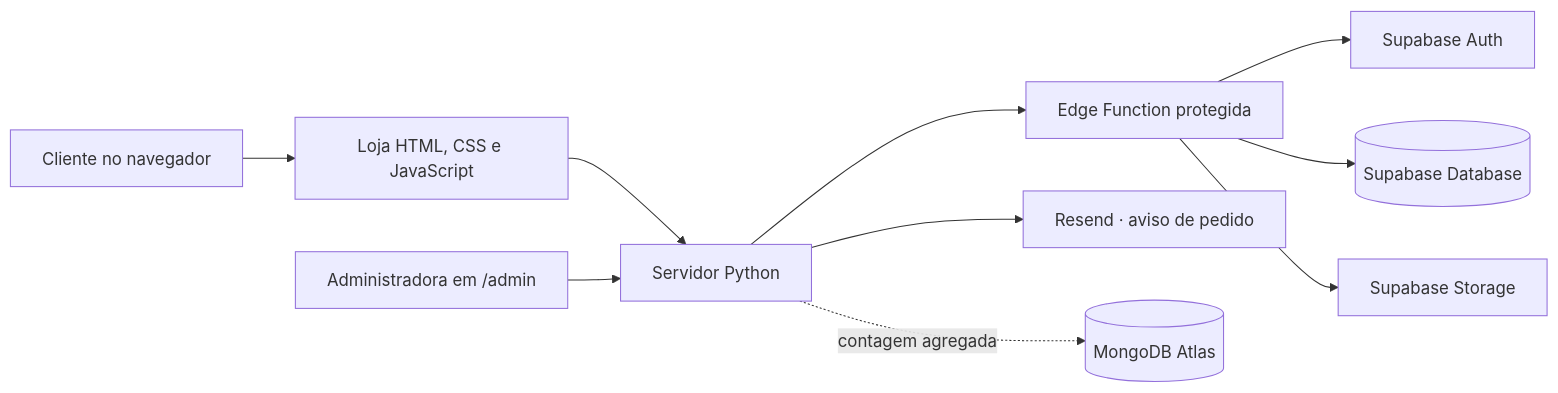
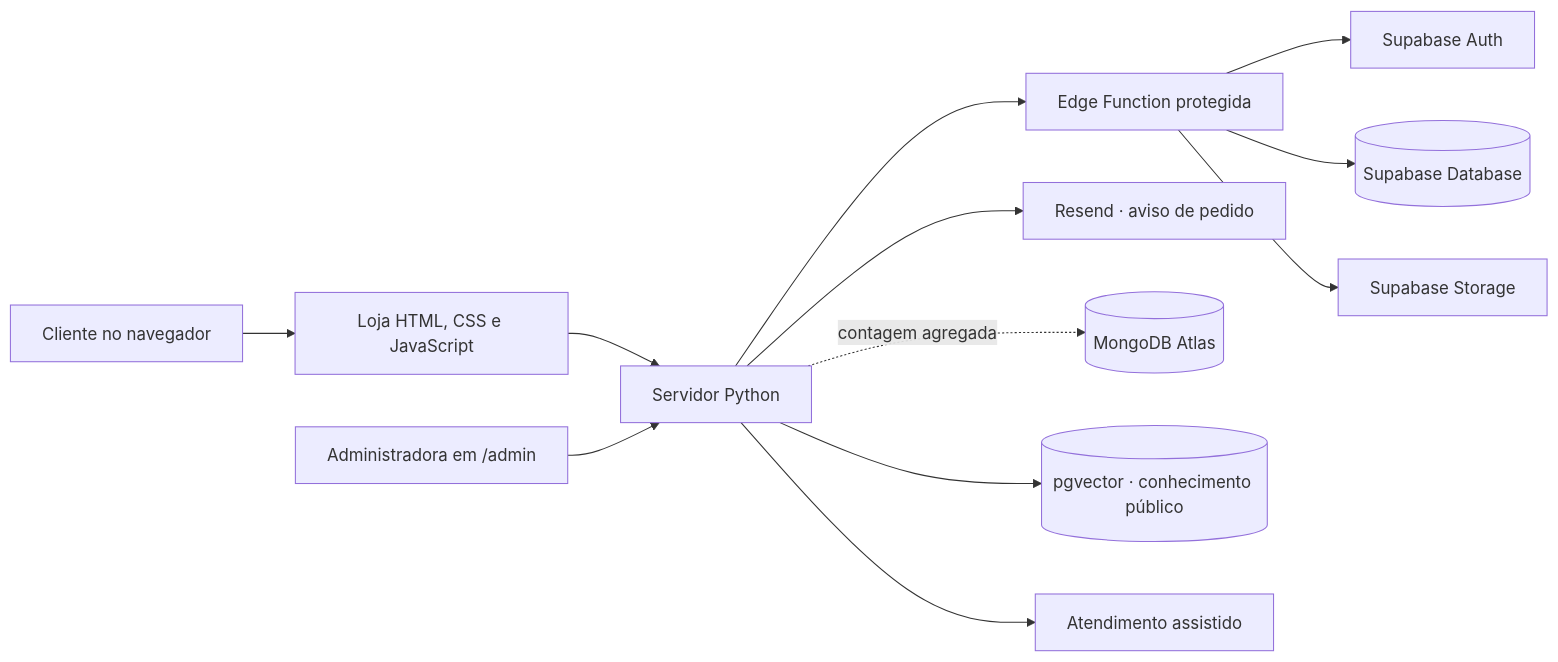
One commit to guilhermeestrela10/estrela-concept changed the diagram in README.md. Above: the diagram before and after it, drawn with Mermaid. The commit also changed other lines of this file and 14 other files, not shown here.

````diff
--- a/README.md
+++ b/README.md
@@ -54,12 +67,14 @@
 ```mermaid
 flowchart LR
   Cliente[Cliente no navegador] --> Loja[Loja HTML, CSS e JavaScript]
   Loja --> Servidor[Servidor Python]
   Servidor --> API[Edge Function protegida]
   API --> Auth[Supabase Auth]
   API --> Banco[(Supabase Database)]
   API --> Fotos[Supabase Storage]
   Servidor --> Resend[Resend · aviso de pedido]
   Servidor -. contagem agregada .-> MongoDB[(MongoDB Atlas)]
+  Servidor --> Vetores[(pgvector · conhecimento público)]
+  Servidor --> Assistente[Atendimento assistido]
   Admin[Administradora em /admin] --> Servidor
 ```
````
